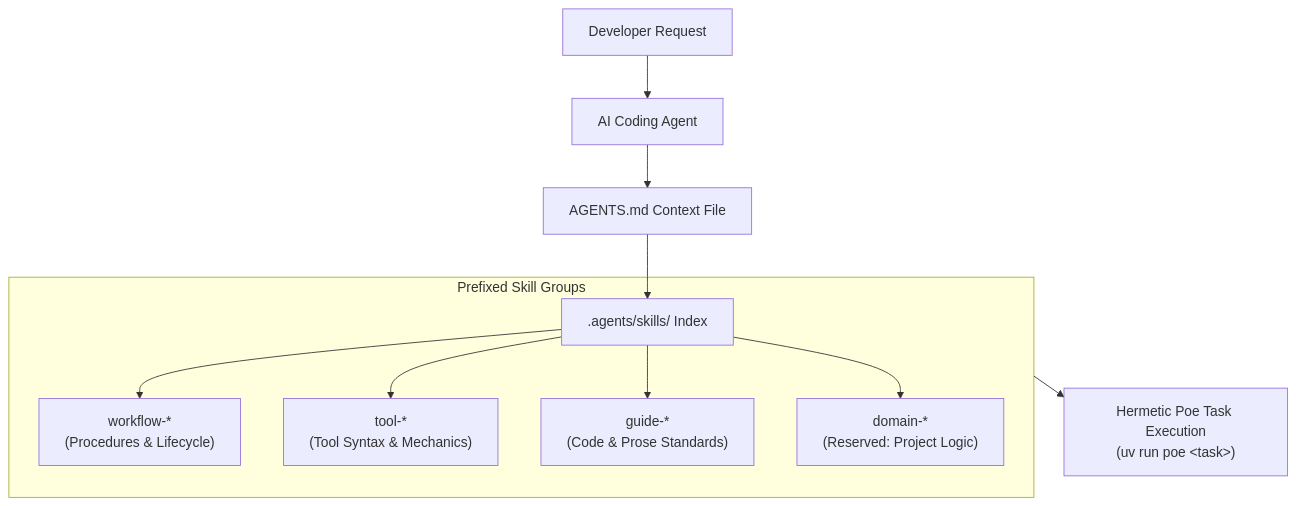
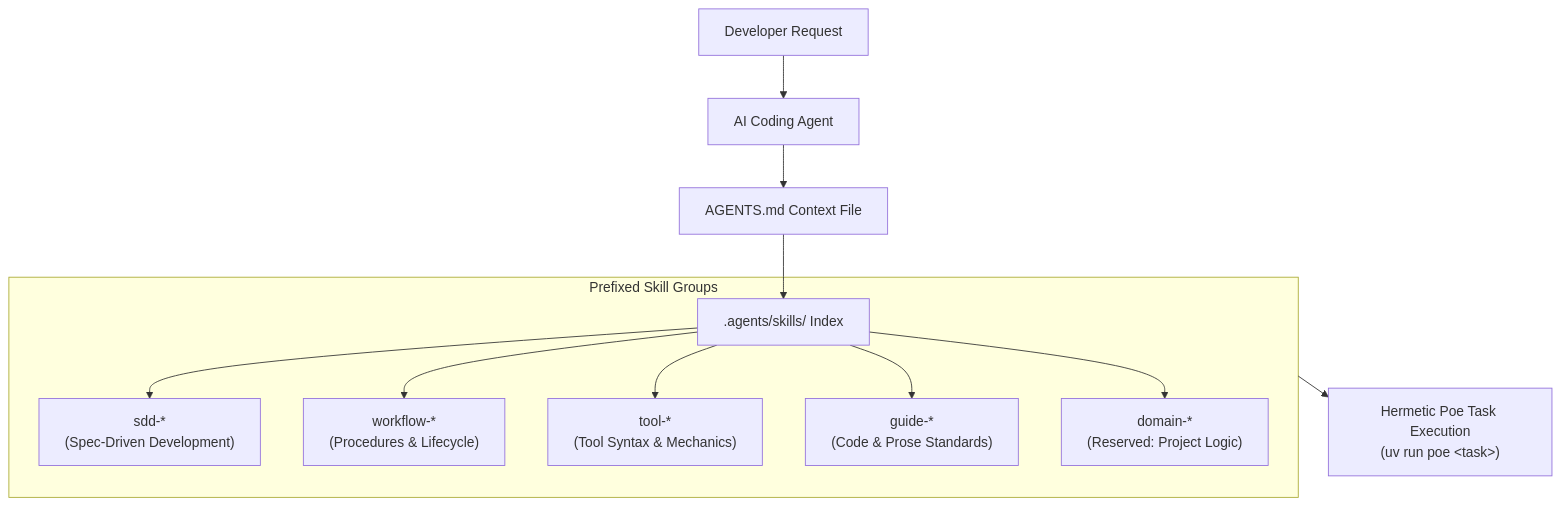
The diagram in docs/skills/index.md (bwrob/zenith), drawn with Mermaid before and after one commit. The commit also changed other lines of this file and 38 other files, not shown here.

````diff
--- a/docs/skills/index.md
+++ b/docs/skills/index.md
@@ -37,15 +38,16 @@
 ```mermaid
 flowchart TD
     Prompt["Developer Request"] --> Agent["AI Coding Agent"]
     Agent --> Root["AGENTS.md Context File"]
     Root --> Index[".agents/skills/ Index"]
 
     subgraph Taxonomy["Prefixed Skill Groups"]
+        Index --> S["sdd-*<br/>(Spec-Driven Development)"]
         Index --> W["workflow-*<br/>(Procedures & Lifecycle)"]
         Index --> T["tool-*<br/>(Tool Syntax & Mechanics)"]
         Index --> G["guide-*<br/>(Code & Prose Standards)"]
         Index --> D["domain-*<br/>(Reserved: Project Logic)"]
     end
 
     Taxonomy --> Execution["Hermetic Poe Task Execution<br/>(uv run poe &lt;task&gt;)"]
 ```
````
